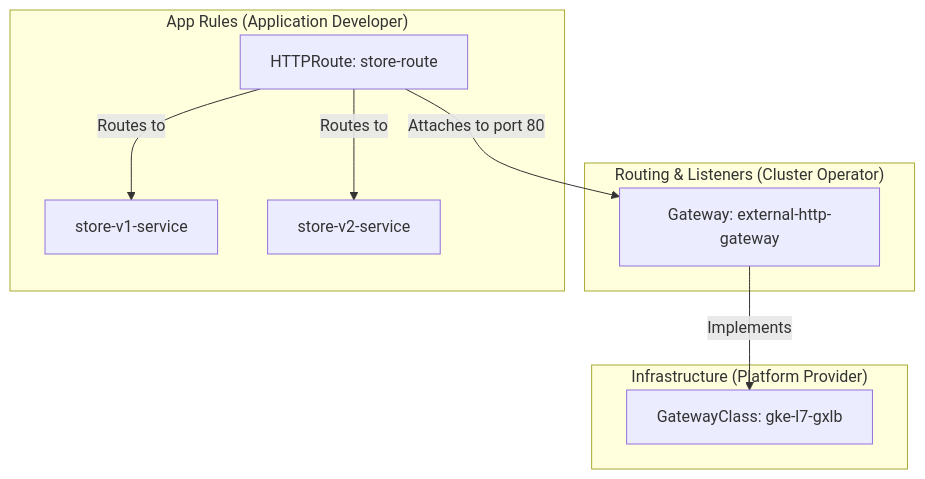
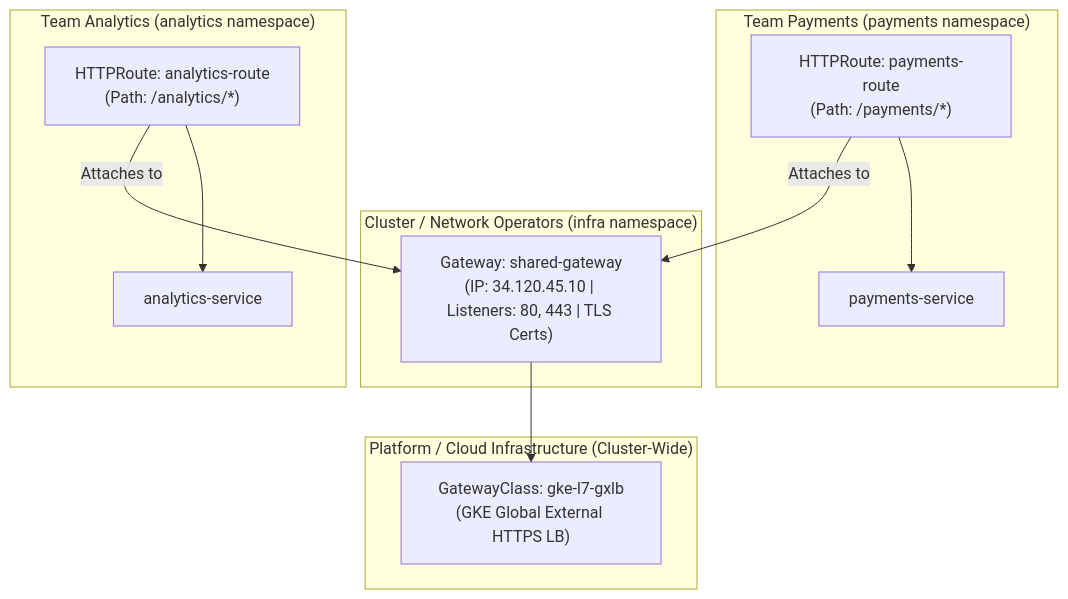
Before and after one commit to Rohit1024/kubernetes: the second of 2 diagrams in docs/lessons/0008-gke-gateway-api.md, drawn with Mermaid. The commit also changed other lines of this file and 15 other files, not shown here.

Commit message:
refactor: restructure Kubernetes documentation with enhanced diagrams, simplified lesson templates, and a new manifest generator.

````diff
--- a/docs/lessons/0008-gke-gateway-api.md
+++ b/docs/lessons/0008-gke-gateway-api.md
@@ -26,14 +43,20 @@
 ```mermaid
 graph TD
-    subgraph Infra ["Infrastructure (Platform Provider)"]
-        GC["GatewayClass: gke-l7-gxlb"]
+    subgraph PlatformTeam ["Platform / Cloud Infrastructure (Cluster-Wide)"]
+        GC["GatewayClass: gke-l7-gxlb\n(GKE Global External HTTPS LB)"]
     end
-    subgraph Ops ["Routing & Listeners (Cluster Operator)"]
-        GW["Gateway: external-http-gateway"] -->|Implements| GC
+
+    subgraph OpsTeam ["Cluster / Network Operators (infra namespace)"]
+        GW["Gateway: shared-gateway\n(IP: 34.120.45.10 | Listeners: 80, 443 | TLS Certs)"] --> GC
     end
-    subgraph Dev ["App Rules (Application Developer)"]
-        Route["HTTPRoute: store-route"] -->|Attaches to port 80| GW
-        Route -->|Routes to| Svc1["store-v1-service"]
-        Route -->|Routes to| Svc2["store-v2-service"]
+
+    subgraph AppTeam1 ["Team Payments (payments namespace)"]
+        Route1["HTTPRoute: payments-route\n(Path: /payments/*)"] -->|Attaches to| GW
+        Route1 --> Svc1["payments-service"]
+    end
+
+    subgraph AppTeam2 ["Team Analytics (analytics namespace)"]
+        Route2["HTTPRoute: analytics-route\n(Path: /analytics/*)"] -->|Attaches to| GW
+        Route2 --> Svc2["analytics-service"]
     end
 ```
````
